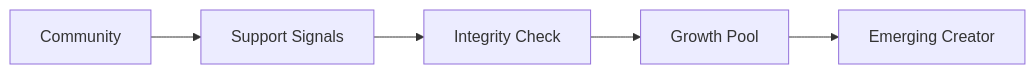
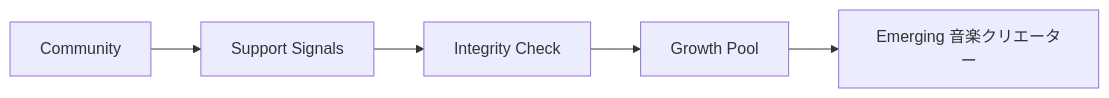
Diagram 17 of 35 in docs/whitepaper/08-discovery-community.md (ShigeichiroYamasaki/creator-first-platform), drawn with Mermaid before and after one commit. The commit also changed other lines of this file and 67 other files, not shown here.

````diff
--- a/docs/whitepaper/08-discovery-community.md
+++ b/docs/whitepaper/08-discovery-community.md
@@ -586,10 +586,10 @@
 ```mermaid
 flowchart LR
     COMMUNITY[Community]
     SUPPORT[Support Signals]
     VERIFY[Integrity Check]
     GROWTH[Growth Pool]
-    CREATOR[Emerging Creator]
+    CREATOR[Emerging 音楽クリエーター]
 
     COMMUNITY --> SUPPORT --> VERIFY --> GROWTH --> CREATOR
 ```
````
